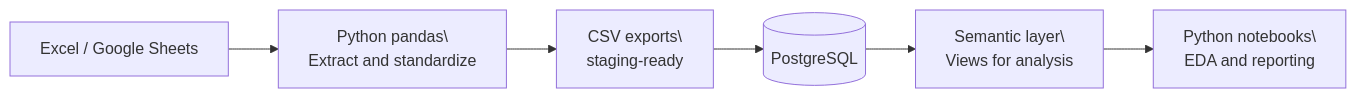
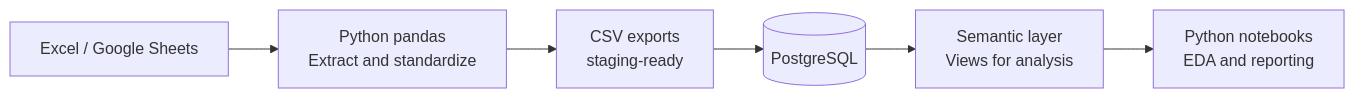
Before and after one commit to ivvza-io/sql-analytics-case-study: the diagram in README.md, drawn with Mermaid.

Commit message:
readme diagram fix

````diff
--- a/README.md
+++ b/README.md
@@ -186,8 +186,8 @@
 ```mermaid
 flowchart LR
-  A[Excel / Google Sheets] --> B[Python pandas\\nExtract and standardize]
-  B --> C[CSV exports\\nstaging-ready]
+  A[Excel / Google Sheets] --> B[Python pandas<br/>Extract and standardize]
+  B --> C[CSV exports<br/>staging-ready]
   C --> D[(PostgreSQL)]
-  D --> E[Semantic layer\\nViews for analysis]
-  E --> F[Python notebooks\\nEDA and reporting]
+  D --> E[Semantic layer<br/>Views for analysis]
+  E --> F[Python notebooks<br/>EDA and reporting]
 ```
````
